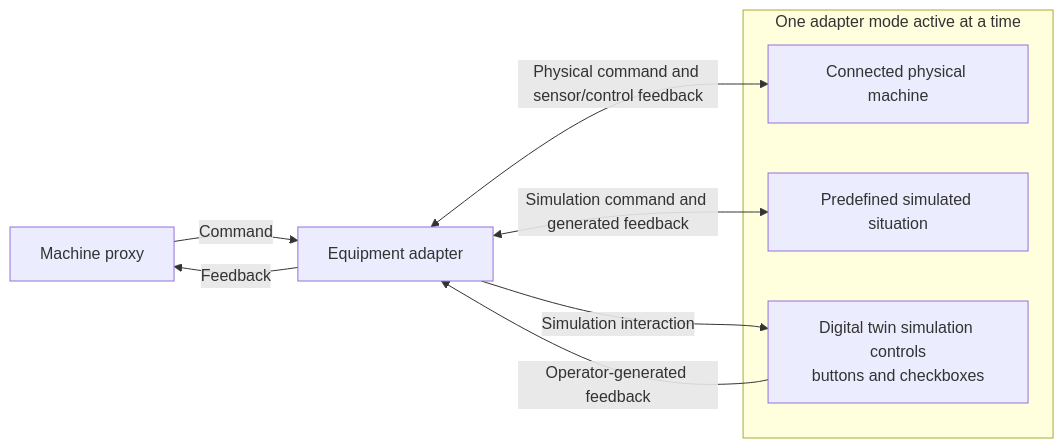
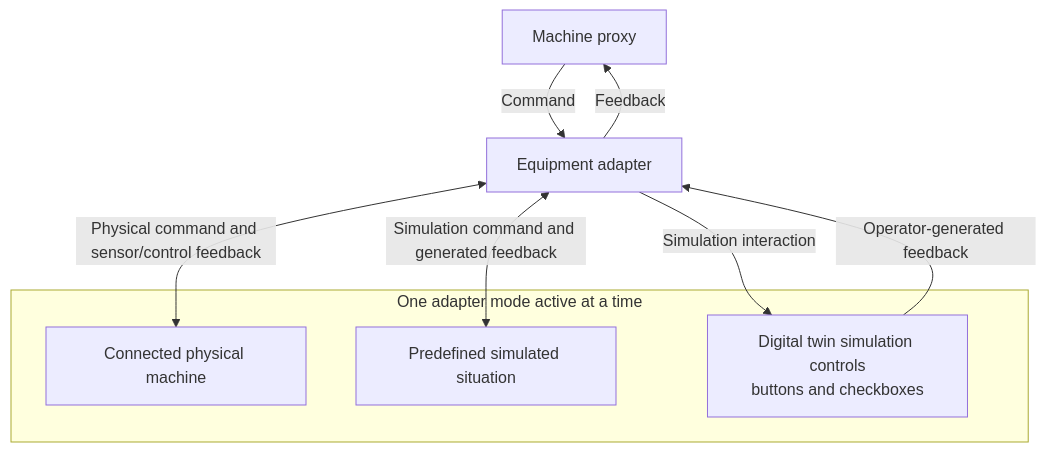
One commit to feintechnikschule/factory-hub changed the second of 4 diagrams in docs/architecture/overview.md. Above: the diagram before and after it, drawn with Mermaid. The commit also changed other lines of this file and 3 other files, not shown here.

````diff
--- a/docs/architecture/overview.md
+++ b/docs/architecture/overview.md
@@ -23,16 +23,16 @@
 ```mermaid
-flowchart LR
+flowchart TD
     Proxy[Machine proxy] -->|Command| Adapter[Equipment adapter]
     Adapter -->|Feedback| Proxy
 
     subgraph Modes[One adapter mode active at a time]
         Physical[Connected physical machine]
         Scenario[Predefined simulated situation]
         TwinUI[Digital twin simulation controls<br/>buttons and checkboxes]
     end
 
     Adapter <-->|Physical command and sensor/control feedback| Physical
     Adapter <-->|Simulation command and generated feedback| Scenario
     Adapter -->|Simulation interaction| TwinUI
     TwinUI -->|Operator-generated feedback| Adapter
 ```
````
